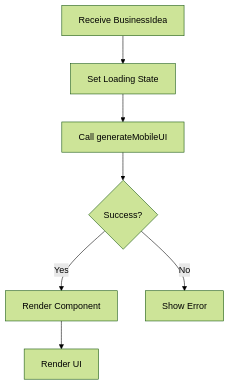
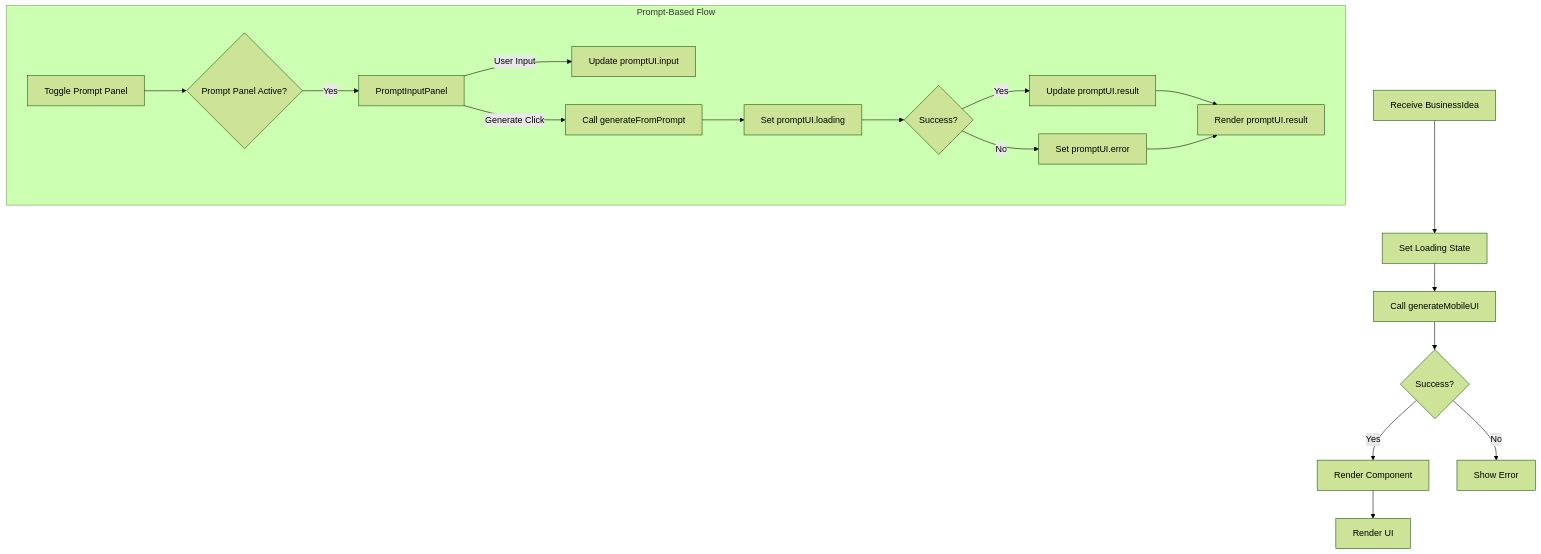
The third of 4 diagrams in visualize-frontend.md (Privasim/backup), drawn with Mermaid (forest theme) before and after one commit. The commit also changed other lines of this file, not shown here.

````diff
--- a/visualize-frontend.md
+++ b/visualize-frontend.md
@@ -62,9 +86,22 @@
-```mermaid
-graph TD
-    A[Receive BusinessIdea] --> B[Set Loading State]
-    B --> C[Call generateMobileUI]
-    C --> D{Success?}
-    D -->|Yes| E[Render Component]
-    D -->|No| F[Show Error]
-    E --> G[Render UI]
-```
+  ```mermaid
+  graph TD
+      A[Receive BusinessIdea] --> B[Set Loading State]
+      B --> C[Call generateMobileUI]
+      C --> D{Success?}
+      D -->|Yes| E[Render Component]
+      D -->|No| F[Show Error]
+      E --> G[Render UI]
+
+      subgraph Prompt-Based Flow
+          H[Toggle Prompt Panel] --> I{Prompt Panel Active?}
+          I -->|Yes| J[PromptInputPanel]
+          J -->|User Input| K[Update promptUI.input]
+          J -->|Generate Click| L[Call generateFromPrompt]
+          L --> M[Set promptUI.loading]
+          M --> N{Success?}
+          N -->|Yes| O[Update promptUI.result]
+          N -->|No| P[Set promptUI.error]
+          O --> Q[Render promptUI.result]
+          P --> Q
+      end
+  ```
````
